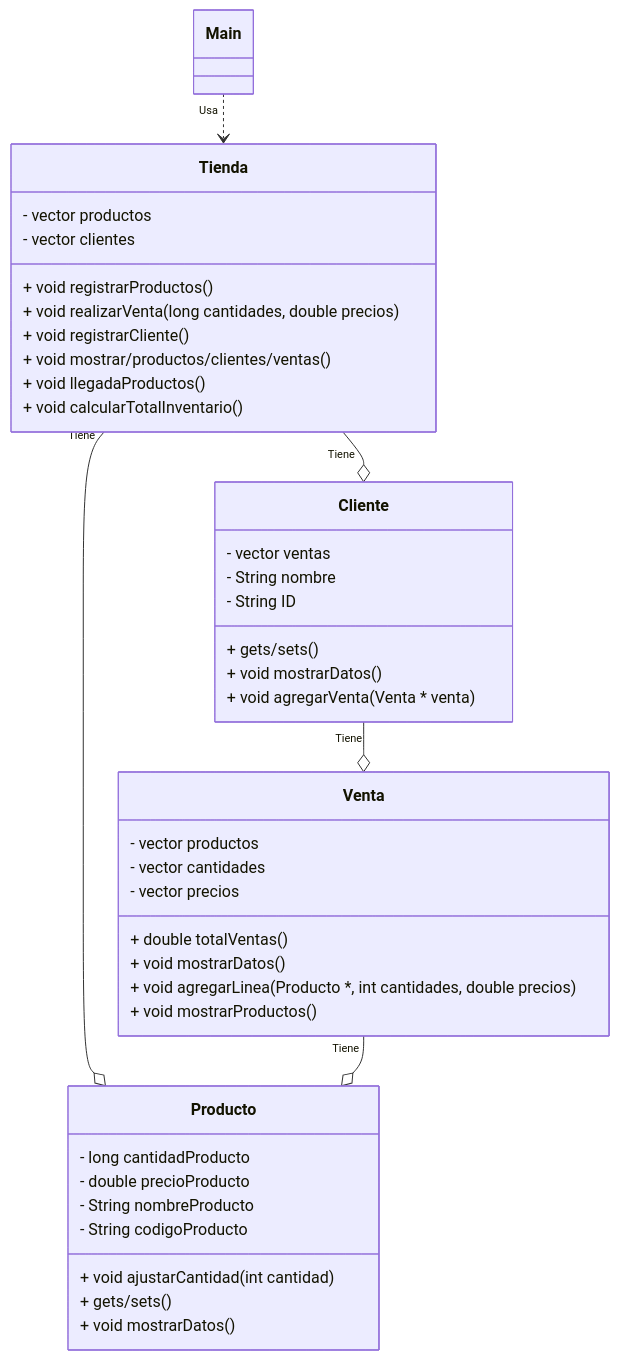
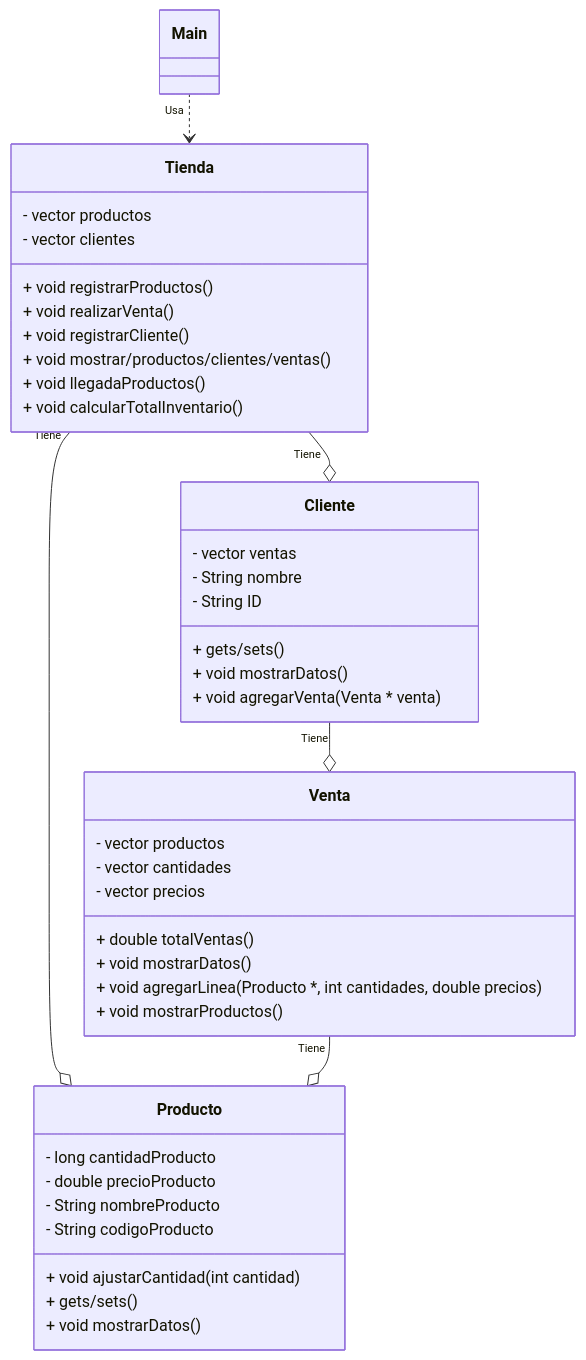
The diagram in DiagramaUML.md (300CIS017-Object-Oriented-Programming/7-entreg-practica-disenoypoo-felipe08121), drawn with Mermaid before and after one commit.

Commit message:
MOD: Se modifica el diagrama UML.

````diff
--- a/DiagramaUML.md
+++ b/DiagramaUML.md
@@ -1,67 +1,67 @@
 ```mermaid
 
 classDiagram
    class Tienda{
     - vector productos
     - vector clientes 
     + void registrarProductos()
-    + void realizarVenta( long cantidades, double precios)
+    + void realizarVenta( )
     + void registrarCliente()
     + void mostrar/productos/clientes/ventas()
     + void llegadaProductos( )
     + void calcularTotalInventario()
 
 
    }
 
     class Producto{
         
 
 
         - long cantidadProducto
         - double precioProducto
         - String nombreProducto
         - String codigoProducto
         + void ajustarCantidad( int cantidad) 
         + gets/sets()
         + void mostrarDatos()
         
         
 
     }
 
     class Venta {
         - vector productos
         - vector cantidades
         - vector precios
        
         + double totalVentas()
         + void mostrarDatos()
         + void agregarLinea( Producto *, int cantidades, double precios)
         + void mostrarProductos()
     }
 
     class Cliente{
         - vector ventas
         
         + gets/sets()
         + void mostrarDatos()
         + void agregarVenta( Venta * venta)
         - String nombre
         - String ID
 
     }
 
     class Main{
 
     }
 
      Main "Usa "..> Tienda
      
      Tienda "Tiene" --o Cliente
      Tienda "Tiene" --o Producto
      Cliente "Tiene" --o Venta
      Venta "Tiene" --o Producto
 
 
 ```
````
